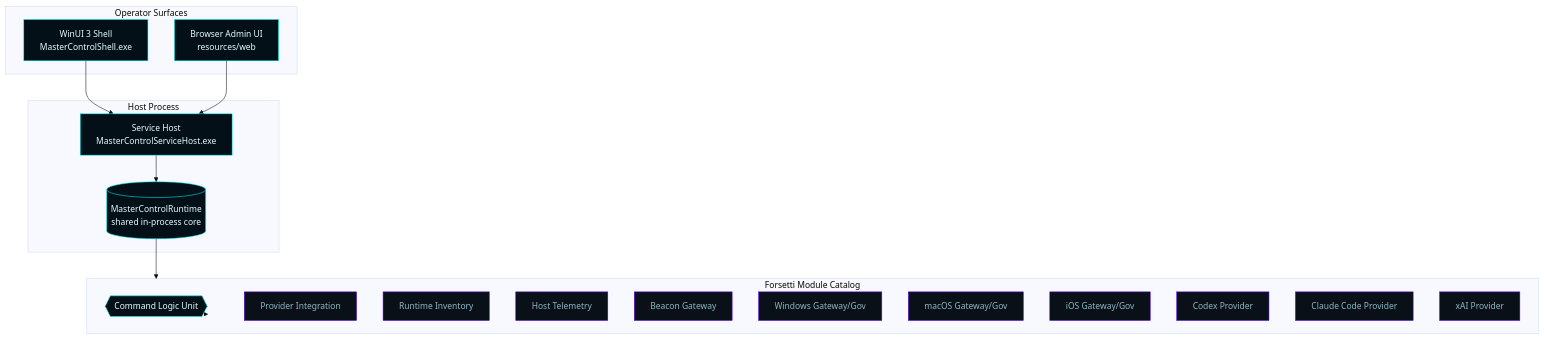
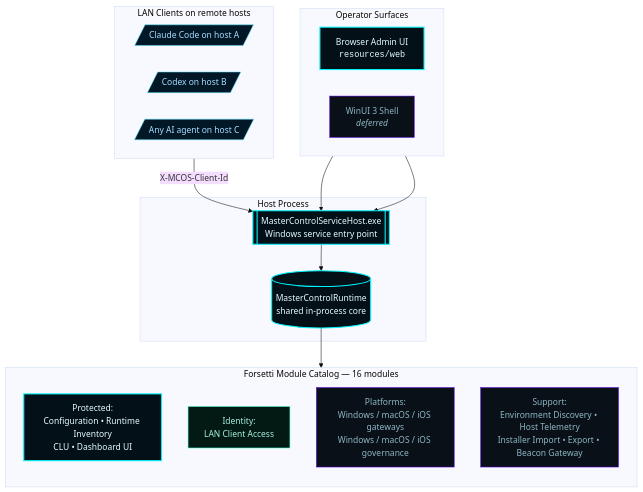
The first of 7 diagrams in docs/wiki/Architecture.md (flynn33/Master-Control-Orchestration-Server), drawn with Mermaid (base theme) before and after one commit. The commit also changed other lines of this file and 66 other files, not shown here.

First line of the commit message:
release: v0.5.0 — LAN Client Control Plane + documentation overhaul

````diff
--- a/docs/wiki/Architecture.md
+++ b/docs/wiki/Architecture.md
@@ -13,35 +16,39 @@
 ```mermaid
 flowchart TB
-    classDef accent fill:#031018,stroke:#00F6FF,color:#E6FCFF;
-    classDef sub fill:#0a1018,stroke:#5A00E8FF,color:#8CB7C4;
+    classDef accent fill:#031018,stroke:#00F6FF,color:#E6FCFF,stroke-width:2px;
+    classDef sub fill:#0a1018,stroke:#5A00E8,color:#8CB7C4;
+    classDef client fill:#031827,stroke:#5AE8FF,color:#A8DCFF;
+    classDef good fill:#031a14,stroke:#1cf2c1,color:#a8efe0;
+
+    subgraph Clients[LAN Clients on remote hosts]
+        direction LR
+        ClaudeCode[/Claude Code on host A/]:::client
+        Codex[/Codex on host B/]:::client
+        Other[/Any AI agent on host C/]:::client
+    end
 
     subgraph Surfaces[Operator Surfaces]
-        Shell[WinUI 3 Shell<br/>MasterControlShell.exe]:::accent
-        Browser[Browser Admin UI<br/>resources/web]:::accent
+        direction LR
+        Browser[Browser Admin UI<br/><code>resources/web</code>]:::accent
+        Shell[WinUI 3 Shell<br/><i>deferred</i>]:::sub
     end
 
     subgraph Host[Host Process]
-        Service[Service Host<br/>MasterControlServiceHost.exe]:::accent
+        Service[[MasterControlServiceHost.exe<br/>Windows service entry point]]:::accent
         Runtime[(MasterControlRuntime<br/>shared in-process core)]:::accent
     end
 
-    subgraph Forsetti[Forsetti Module Catalog]
-        CLU{{Command Logic Unit}}:::accent
-        ProviderInt[Provider Integration]:::sub
-        Inventory[Runtime Inventory]:::sub
-        Telemetry[Host Telemetry]:::sub
-        Beacon[Beacon Gateway]:::sub
-        Win[Windows Gateway/Gov]:::sub
-        Mac[macOS Gateway/Gov]:::sub
-        IOS[iOS Gateway/Gov]:::sub
-        Codex[Codex Provider]:::sub
-        Claude[Claude Code Provider]:::sub
-        XAI[xAI Provider]:::sub
+    subgraph Forsetti[Forsetti Module Catalog — 16 modules]
+        direction TB
+        ProtectedRow[Protected:<br/>Configuration • Runtime Inventory<br/>CLU • Dashboard UI]:::accent
+        IdentityRow[Identity:<br/>LAN Client Access]:::good
+        PlatformRow[Platforms:<br/>Windows / macOS / iOS gateways<br/>Windows / macOS / iOS governance]:::sub
+        SupportRow[Support:<br/>Environment Discovery • Host Telemetry<br/>Installer Import • Export • Beacon Gateway]:::sub
     end
 
+    Clients -- "X-MCOS-Client-Id" --> Service
+    Browser --> Service
     Shell --> Service
-    Browser --> Service
     Service --> Runtime
     Runtime --> Forsetti
-    Forsetti --> CLU
 ```
````
